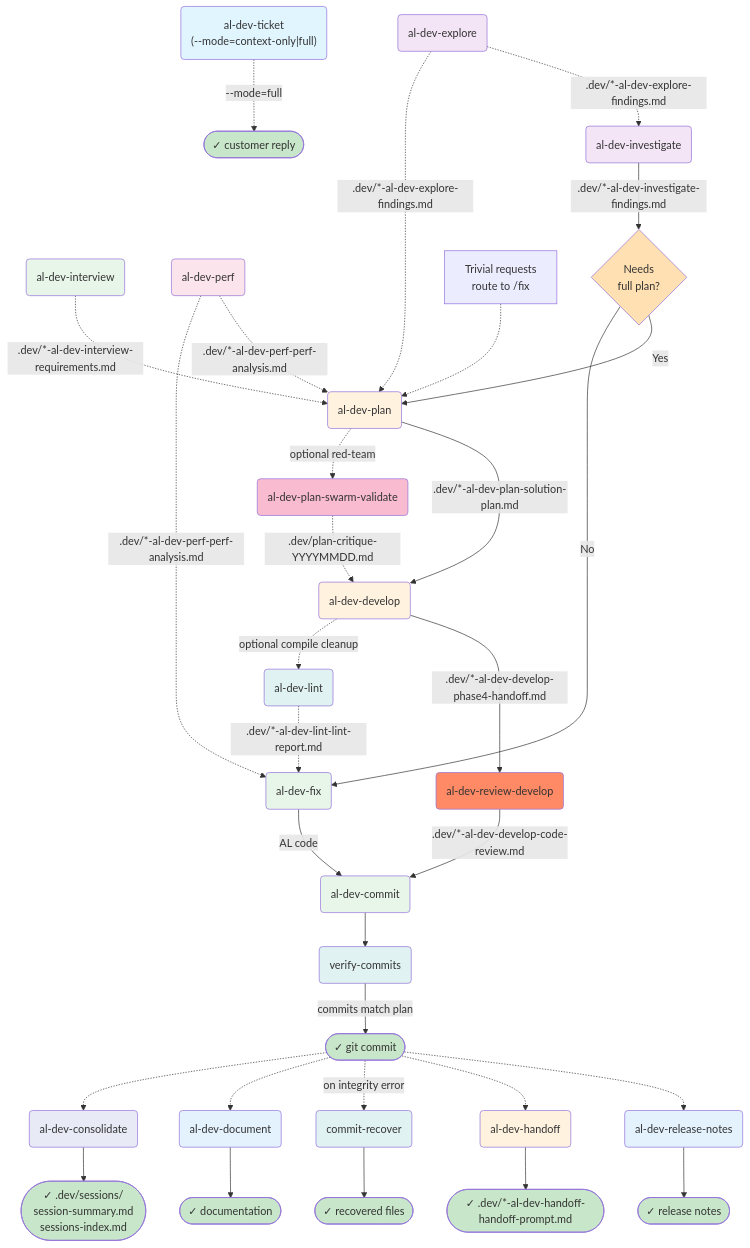
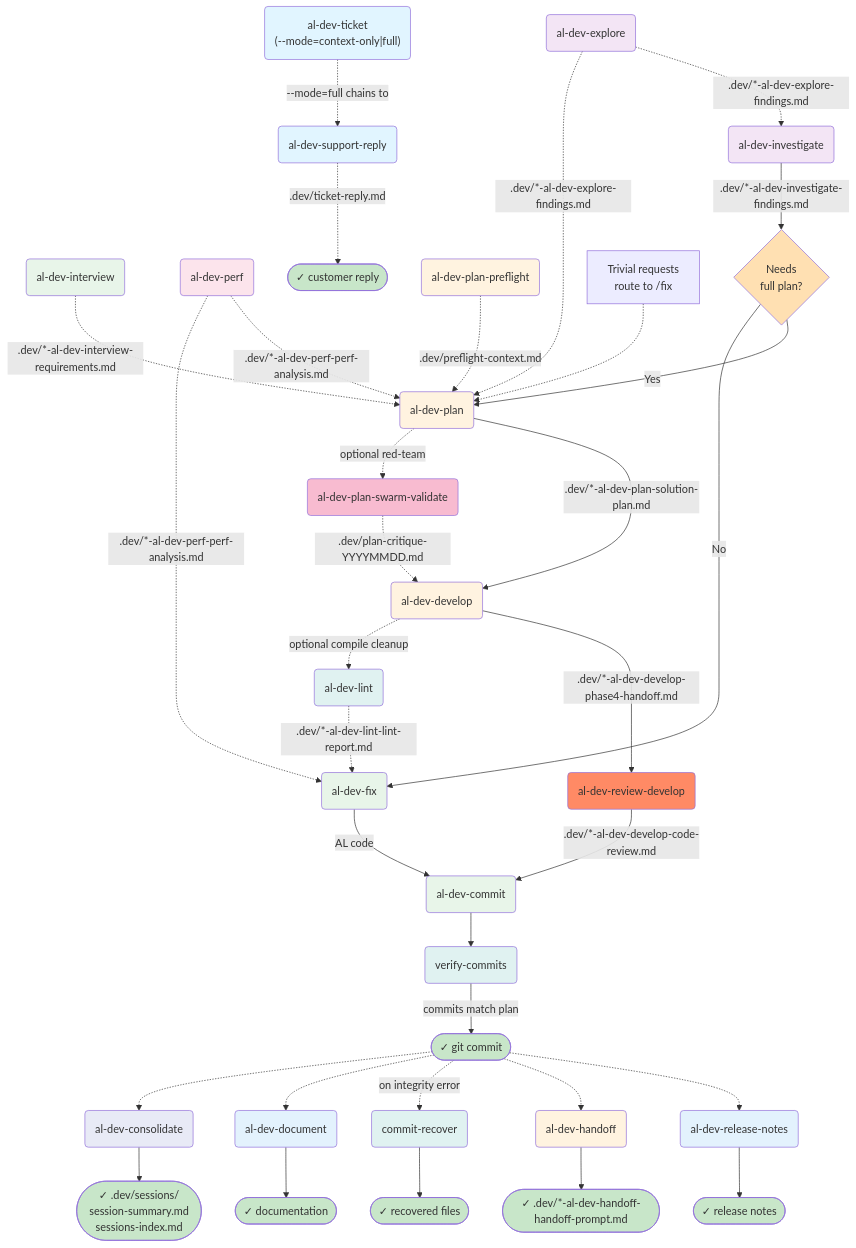
One commit to russell-laing/al-dev-shared changed the first of 23 diagrams in docs/al-dev-skills-map.md. Above: the diagram before and after it, drawn with Mermaid. The commit also changed other lines of this file, not shown here.

````diff
--- a/docs/al-dev-skills-map.md
+++ b/docs/al-dev-skills-map.md
@@ -24,6 +24,13 @@
     Ticket("al-dev-ticket<br/>(--mode=context-only|full)")
     Investigate("al-dev-investigate")
     FixDirect("al-dev-fix") -->|AL code| Commit("al-dev-commit")
+
+    %% Ticket reply chain (full mode)
+    Ticket -.->|--mode=full chains to| SupportReply("al-dev-support-reply")
+    SupportReply -.->|.dev/ticket-reply.md| Reply(["✓ customer reply"])
+
+    %% Plan preflight chain
+    Preflight("al-dev-plan-preflight") -.->|.dev/preflight-context.md| Plan
 
     %% Investigation path branches
     Investigate -->|.dev/*-al-dev-investigate-findings.md| Decision1{Needs<br/>full plan?}
@@ -59,7 +66,6 @@
     Document --> DocOut(["✓ documentation"])
     Git -.-> Consolidate("al-dev-consolidate")
     Consolidate --> ConsolidateOut(["✓ .dev/sessions/\nsession-summary.md\nsessions-index.md"])
-    Ticket -.->|--mode=full| Reply(["✓ customer reply"])
 
     style Ticket fill:#e1f5ff
     style Investigate fill:#f3e5f5
@@ -87,4 +93,6 @@
     style Decision1 fill:#ffe0b2
     style CriticSwarm fill:#f8bbd0
     style Verify fill:#e0f2f1
+    style SupportReply fill:#e1f5ff
+    style Preflight fill:#fff3e0
 ```
````
